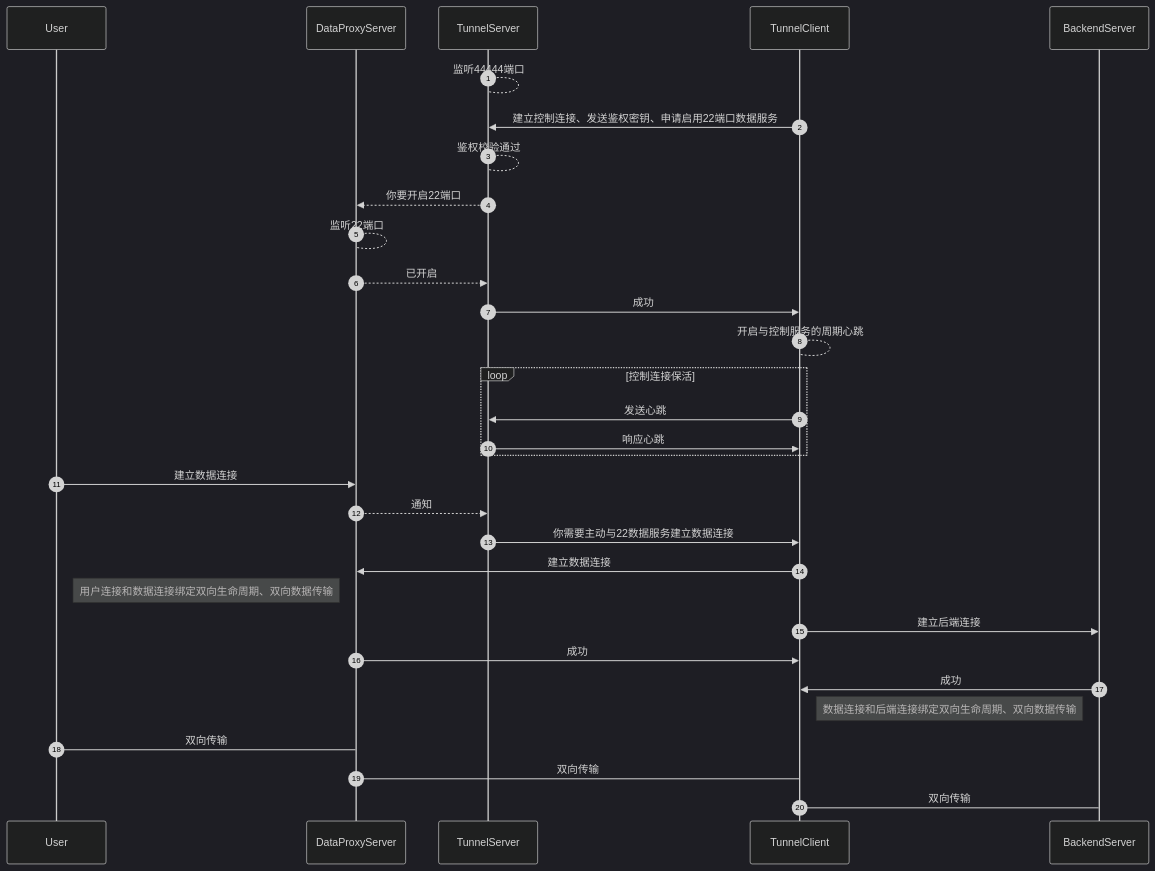
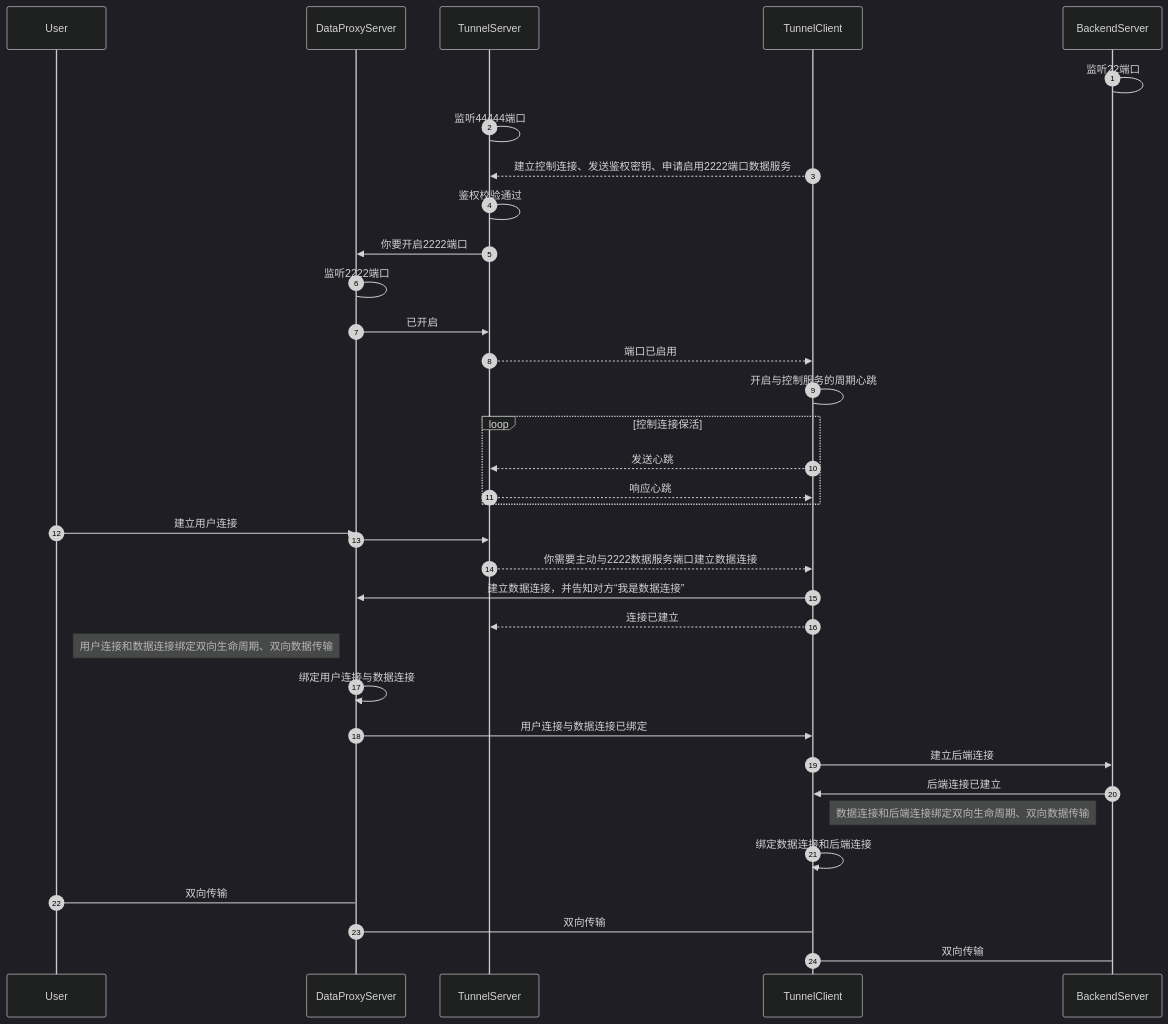
One commit to meethigher/tcp-reverse-proxy changed the diagram in README.md. Above: the diagram before and after it, drawn with Mermaid (dark theme). The commit also changed other lines of this file and 2 other files, not shown here.

Commit message:
fix: 1. 解决内网穿透在高并发时偶现数据丢失问题 2. 更新整体流程的时序图

````diff
--- a/README.md
+++ b/README.md
@@ -58,37 +58,37 @@
 ```mermaid
 sequenceDiagram
     autonumber
     participant u as User
     participant dps as DataProxyServer
     participant ts as TunnelServer
     participant tc as TunnelClient
     participant bs as BackendServer
-    
-    ts-->ts: 监听44444端口
-    tc->>ts: 建立控制连接、发送鉴权密钥、申请启用22端口数据服务
-    ts-->ts: 鉴权校验通过
-    ts-->>dps: 你要开启22端口
-    dps-->dps: 监听22端口
-    dps-->>ts: 已开启
-    ts->>tc: 成功
-    tc-->tc: 开启与控制服务的周期心跳
+    bs->bs: 监听22端口
+    ts->ts: 监听44444端口
+    tc-->>ts: 建立控制连接、发送鉴权密钥、申请启用2222端口数据服务
+    ts->ts: 鉴权校验通过
+    ts->>dps: 你要开启2222端口
+    dps->dps: 监听2222端口
+    dps->>ts: 已开启
+    ts-->>tc: 端口已启用
+    tc->tc: 开启与控制服务的周期心跳
     loop 控制连接保活
-      tc->>ts: 发送心跳
-      ts->>tc: 响应心跳
+      tc-->>ts: 发送心跳
+      ts-->>tc: 响应心跳
     end
-    u->>dps: 建立数据连接
-    dps-->>ts: 通知
-    ts->>tc: 你需要主动与22数据服务建立数据连接
-    tc->>dps: 建立数据连接
+    u->>dps: 建立用户连接
+    dps->>ts: 
+    ts-->>tc: 你需要主动与2222数据服务端口建立数据连接
+    tc->>dps: 建立数据连接，并告知对方“我是数据连接”
+    tc-->>ts: 连接已建立
     note left of dps: 用户连接和数据连接绑定双向生命周期、双向数据传输
+    dps->>dps: 绑定用户连接与数据连接
+    dps->>tc: 用户连接与数据连接已绑定
     tc->>bs: 建立后端连接
-    dps->>tc: 成功
-    bs->>tc: 成功
+    bs->>tc: 后端连接已建立
     note right of tc: 数据连接和后端连接绑定双向生命周期、双向数据传输
-    
+    tc->>tc: 绑定数据连接和后端连接 
     u->dps: 双向传输
     dps->tc: 双向传输
     tc->bs: 双向传输 
-    
-
 ```
````
